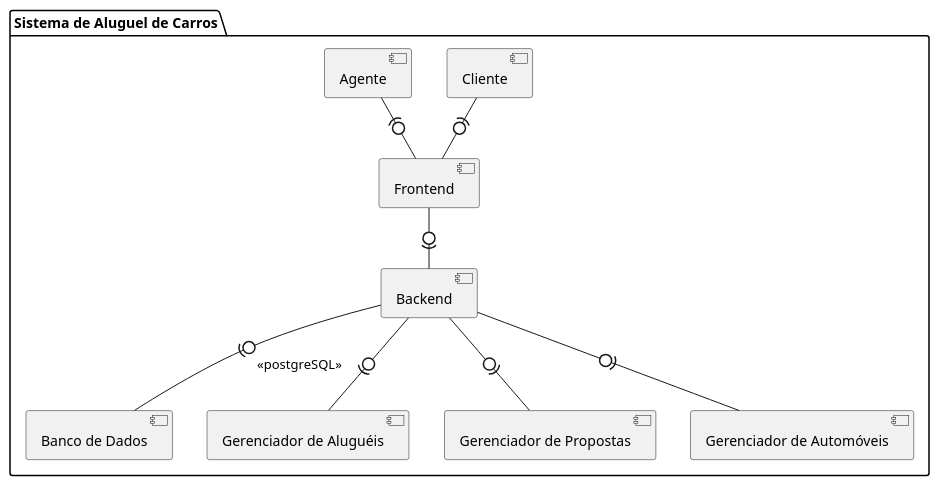
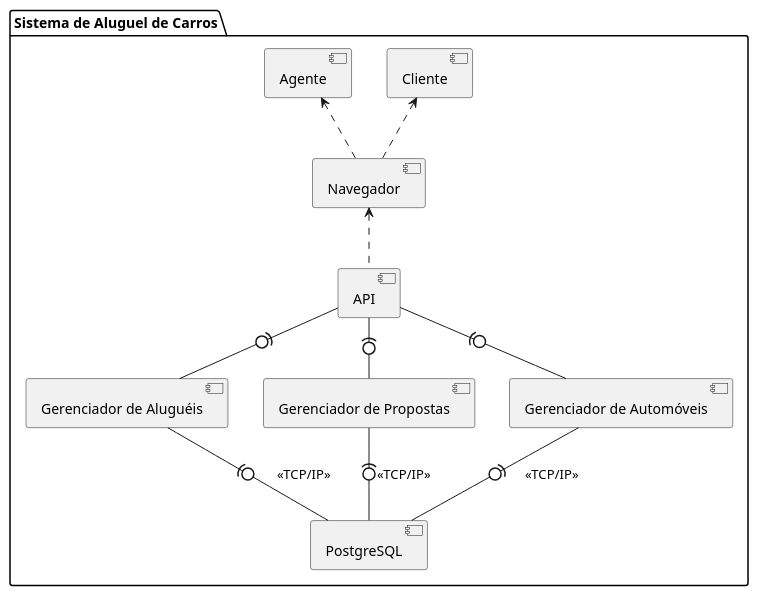
The diagram in Lab02-Desenv-Software/projeto/Diagramas/Diagrama de Componentes/Diagrama_de_Componentes.puml (Artureba/Lab02_LDS), drawn with PlantUML before and after one commit. The commit also changed other lines of this file and 1 other file, not shown here.

Commit message:
Ajustes no Diagrama de Componentes e criação do Diagrama de Implantação

```diff
--- a/Lab02-Desenv-Software/projeto/Diagramas/Diagrama de Componentes/Diagrama_de_Componentes.puml
+++ b/Lab02-Desenv-Software/projeto/Diagramas/Diagrama de Componentes/Diagrama_de_Componentes.puml
@@ -1,17 +2,20 @@
 @startuml
 
 package "Sistema de Aluguel de Carros" {
     
-    [Frontend] -0)- [Backend]
-    [Backend] -0)- [Banco de Dados]:<<postgreSQL>>
+    [Navegador] <.. [API]
 
-    [Backend] -0)- [Gerenciador de Aluguéis]
-    [Backend] -0)- [Gerenciador de Propostas]
-    [Backend] -0)- [Gerenciador de Automóveis]
+    [API] -(0- [Gerenciador de Aluguéis]
+    [API] -(0- [Gerenciador de Propostas]
+    [API] -(0- [Gerenciador de Automóveis]
 
-    [Cliente] -(0- [Frontend]
-    [Agente] -(0- [Frontend]
+    [Gerenciador de Aluguéis] -(0- [PostgreSQL]:<<TCP/IP>>
+    [Gerenciador de Propostas] -(0- [PostgreSQL]:<<TCP/IP>>
+    [Gerenciador de Automóveis] -(0- [PostgreSQL]:<<TCP/IP>>
+
+    [Cliente] <.. [Navegador]
+    [Agente] <.. [Navegador]
 
 }
 
 @enduml
```
